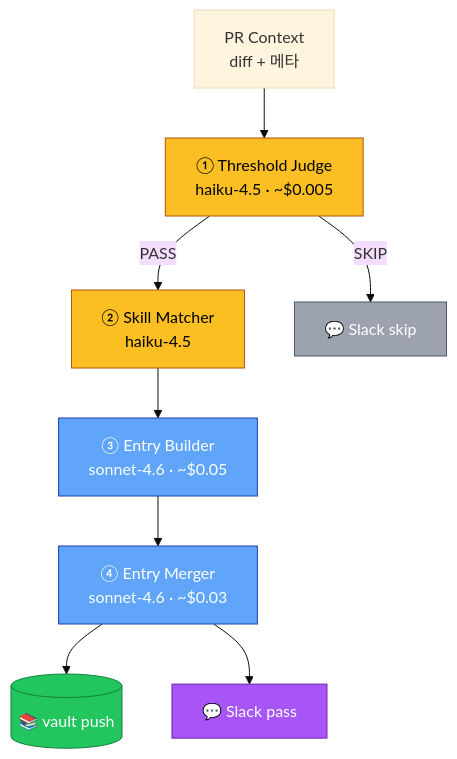
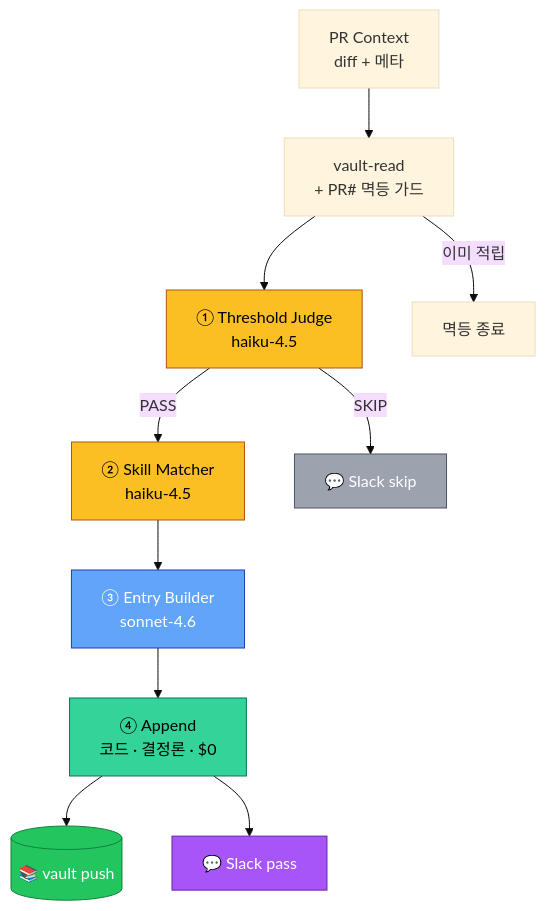
The third of 3 diagrams in README.md (kimzeze/track-record), drawn with Mermaid (base theme) before and after one commit. The commit also changed other lines of this file and 3 other files, not shown here.

First line of the commit message:
docs: 새 아키텍처(결정론 append + 컴팩션) 반영

````diff
--- a/README.md
+++ b/README.md
@@ -151,27 +160,30 @@
 ```mermaid
 flowchart TD
     PR[PR Context<br/>diff + 메타]
-    Judge[① Threshold Judge<br/>haiku-4.5 · ~$0.005]
+    Read[vault-read<br/>+ PR# 멱등 가드]
+    Judge[① Threshold Judge<br/>haiku-4.5]
     Match[② Skill Matcher<br/>haiku-4.5]
-    Build[③ Entry Builder<br/>sonnet-4.6 · ~$0.05]
-    Merge[④ Entry Merger<br/>sonnet-4.6 · ~$0.03]
+    Build[③ Entry Builder<br/>sonnet-4.6]
+    Append[④ Append<br/>코드 · 결정론 · $0]
     Vault[(📚 vault push)]
     SlackPass[💬 Slack pass]
     SlackSkip[💬 Slack skip]
 
-    PR --> Judge
+    PR --> Read
+    Read -->|이미 적립| SkipDone[멱등 종료]
+    Read --> Judge
     Judge -->|PASS| Match
     Judge -->|SKIP| SlackSkip
     Match --> Build
-    Build --> Merge
-    Merge --> Vault
-    Merge --> SlackPass
+    Build --> Append
+    Append --> Vault
+    Append --> SlackPass
 
     style Judge fill:#fbbf24,stroke:#b45309,color:#000
     style Match fill:#fbbf24,stroke:#b45309,color:#000
     style Build fill:#60a5fa,stroke:#1e40af,color:#fff
-    style Merge fill:#60a5fa,stroke:#1e40af,color:#fff
+    style Append fill:#34d399,stroke:#047857,color:#000
     style Vault fill:#22c55e,stroke:#15803d,color:#fff
     style SlackPass fill:#a855f7,stroke:#6b21a8,color:#fff
     style SlackSkip fill:#9ca3af,stroke:#4b5563,color:#fff
 ```
````
